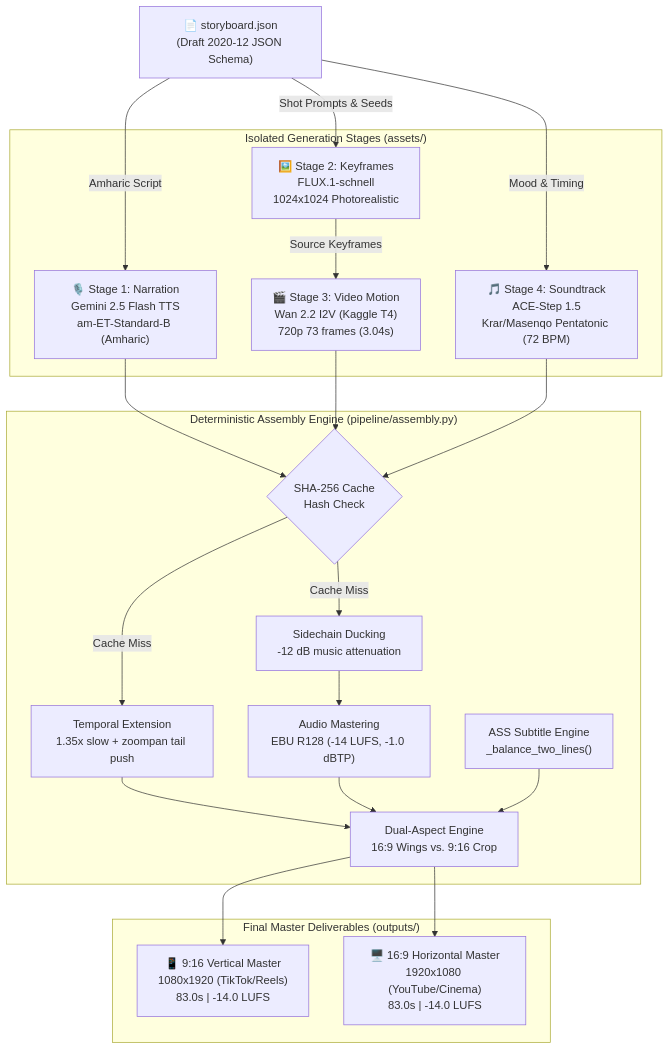
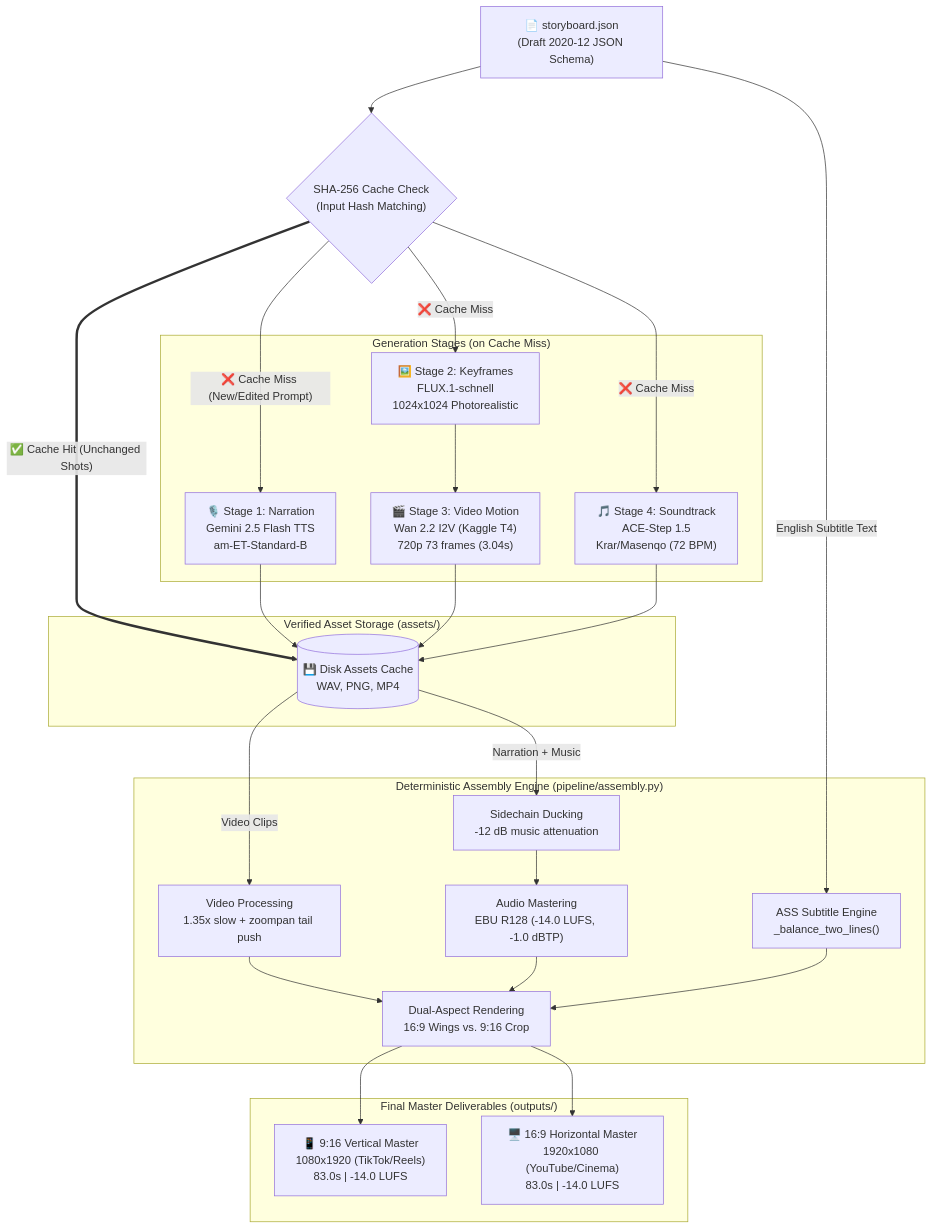
Before and after one commit to DanielBasaznew/ai-content-generator: the first of 3 diagrams in ARCHITECTURE.md, drawn with Mermaid.

Commit message:
docs: correct cache hit/miss logic and flow routing in ARCHITECTURE.md diagram

````diff
--- a/ARCHITECTURE.md
+++ b/ARCHITECTURE.md
@@ -9,43 +9,53 @@
 ```mermaid
 flowchart TD
     Contract["📄 storyboard.json<br/>(Draft 2020-12 JSON Schema)"]
+    Cache{"SHA-256 Cache Check<br/>(Input Hash Matching)"}
 
-    subgraph Generation_Stages ["Isolated Generation Stages (assets/)"]
-        TTS["🎙️ Stage 1: Narration<br/>Gemini 2.5 Flash TTS<br/>am-ET-Standard-B (Amharic)"]
+    Contract --> Cache
+
+    subgraph Generation_Stages ["Generation Stages (on Cache Miss)"]
+        TTS["🎙️ Stage 1: Narration<br/>Gemini 2.5 Flash TTS<br/>am-ET-Standard-B"]
         IMG["🖼️ Stage 2: Keyframes<br/>FLUX.1-schnell<br/>1024x1024 Photorealistic"]
         VID["🎬 Stage 3: Video Motion<br/>Wan 2.2 I2V (Kaggle T4)<br/>720p 73 frames (3.04s)"]
-        MUS["🎵 Stage 4: Soundtrack<br/>ACE-Step 1.5<br/>Krar/Masenqo Pentatonic (72 BPM)"]
+        MUS["🎵 Stage 4: Soundtrack<br/>ACE-Step 1.5<br/>Krar/Masenqo (72 BPM)"]
     end
 
-    Contract -->|"Amharic Script"| TTS
-    Contract -->|"Shot Prompts & Seeds"| IMG
-    IMG -->|"Source Keyframes"| VID
-    Contract -->|"Mood & Timing"| MUS
+    Cache -->|"❌ Cache Miss (New/Edited Prompt)"| TTS
+    Cache -->|"❌ Cache Miss"| IMG
+    IMG --> VID
+    Cache -->|"❌ Cache Miss"| MUS
+
+    subgraph Asset_Store ["Verified Asset Storage (assets/)"]
+        AssetsDisk[("💾 Disk Assets Cache<br/>WAV, PNG, MP4")]
+    end
+
+    Cache ==>|"✅ Cache Hit (Unchanged Shots)"| AssetsDisk
+    TTS --> AssetsDisk
+    VID --> AssetsDisk
+    MUS --> AssetsDisk
 
     subgraph Assembly_Engine ["Deterministic Assembly Engine (pipeline/assembly.py)"]
-        Cache{"SHA-256 Cache<br/>Hash Check"}
-        Slowdown["Temporal Extension<br/>1.35x slow + zoompan tail push"]
+        Slowdown["Video Processing<br/>1.35x slow + zoompan tail push"]
         Duck["Sidechain Ducking<br/>-12 dB music attenuation"]
-        EBU["Audio Mastering<br/>EBU R128 (-14 LUFS, -1.0 dBTP)"]
-        Aspect["Dual-Aspect Engine<br/>16:9 Wings vs. 9:16 Crop"]
+        EBU["Audio Mastering<br/>EBU R128 (-14.0 LUFS, -1.0 dBTP)"]
         Subs["ASS Subtitle Engine<br/>_balance_two_lines()"]
+        Aspect["Dual-Aspect Rendering<br/>16:9 Wings vs. 9:16 Crop"]
     end
 
-    TTS --> Cache
-    VID --> Cache
-    MUS --> Cache
-    Cache -->|"Cache Miss"| Slowdown
-    Cache -->|"Cache Miss"| Duck
+    AssetsDisk -->|"Video Clips"| Slowdown
+    AssetsDisk -->|"Narration + Music"| Duck
+    Contract -->|"English Subtitle Text"| Subs
+    
     Duck --> EBU
     Slowdown --> Aspect
     EBU --> Aspect
     Subs --> Aspect
 
     subgraph Outputs ["Final Master Deliverables (outputs/)"]
         OutVert["📱 9:16 Vertical Master<br/>1080x1920 (TikTok/Reels)<br/>83.0s | -14.0 LUFS"]
         OutHoriz["🖥️ 16:9 Horizontal Master<br/>1920x1080 (YouTube/Cinema)<br/>83.0s | -14.0 LUFS"]
     end
 
     Aspect --> OutVert
     Aspect --> OutHoriz
 ```
````
